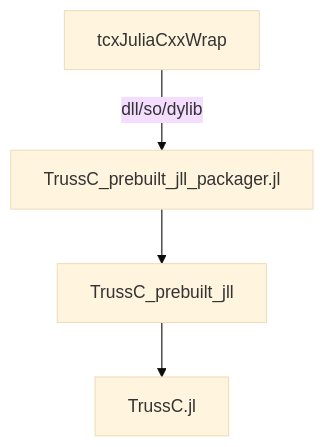
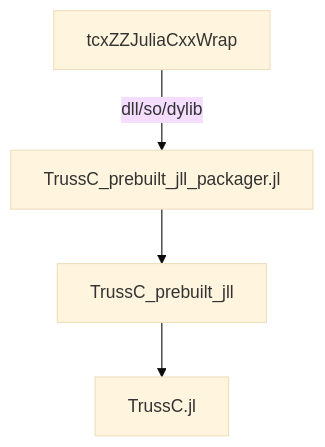
Before and after one commit to funatsufumiya/TrussC.jl: the first of 2 diagrams in docs/build_notes.md, drawn with Mermaid (base theme). The commit also changed other lines of this file, not shown here.

````diff
--- a/docs/build_notes.md
+++ b/docs/build_notes.md
@@ -5,6 +5,6 @@
 ```mermaid
 flowchart TD
-  tcxJuliaCxxWrap-->|dll/so/dylib|TrussC_prebuilt_jll_packager.jl
+  tcxZZJuliaCxxWrap-->|dll/so/dylib|TrussC_prebuilt_jll_packager.jl
   TrussC_prebuilt_jll_packager.jl-->TrussC_prebuilt_jll
   TrussC_prebuilt_jll-->TrussC.jl
 ```
````
